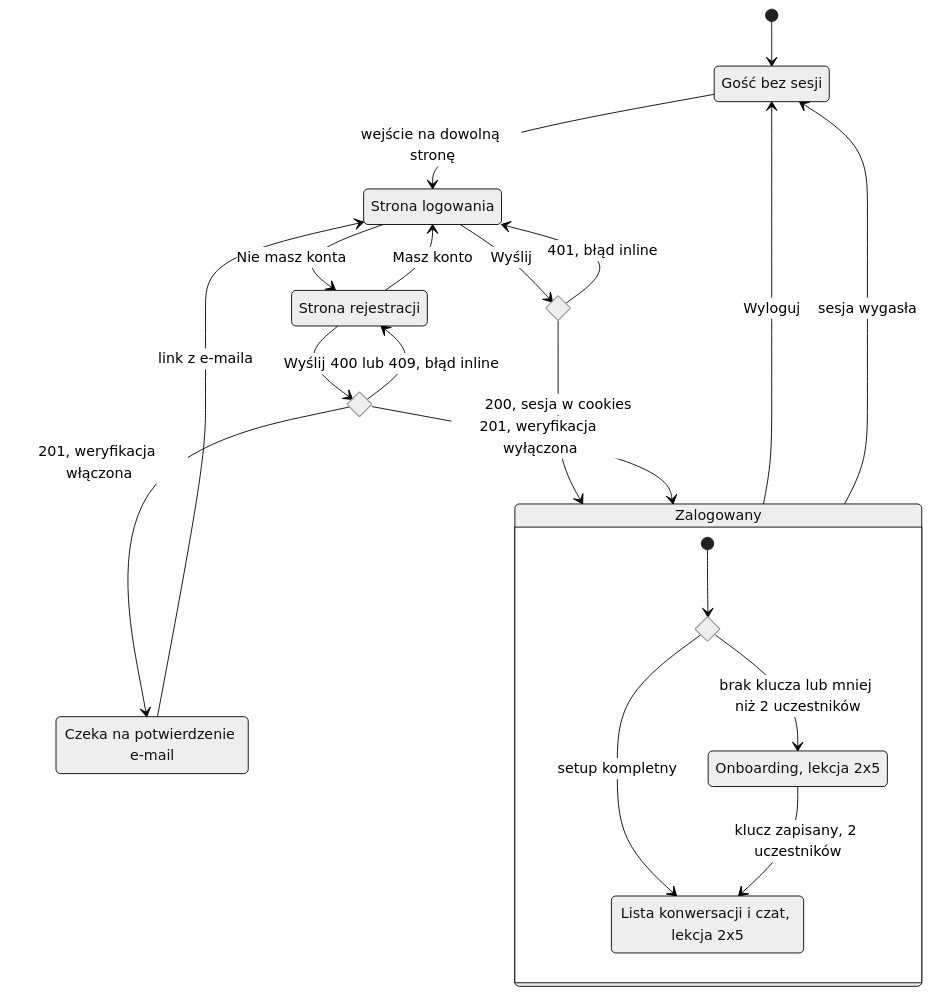
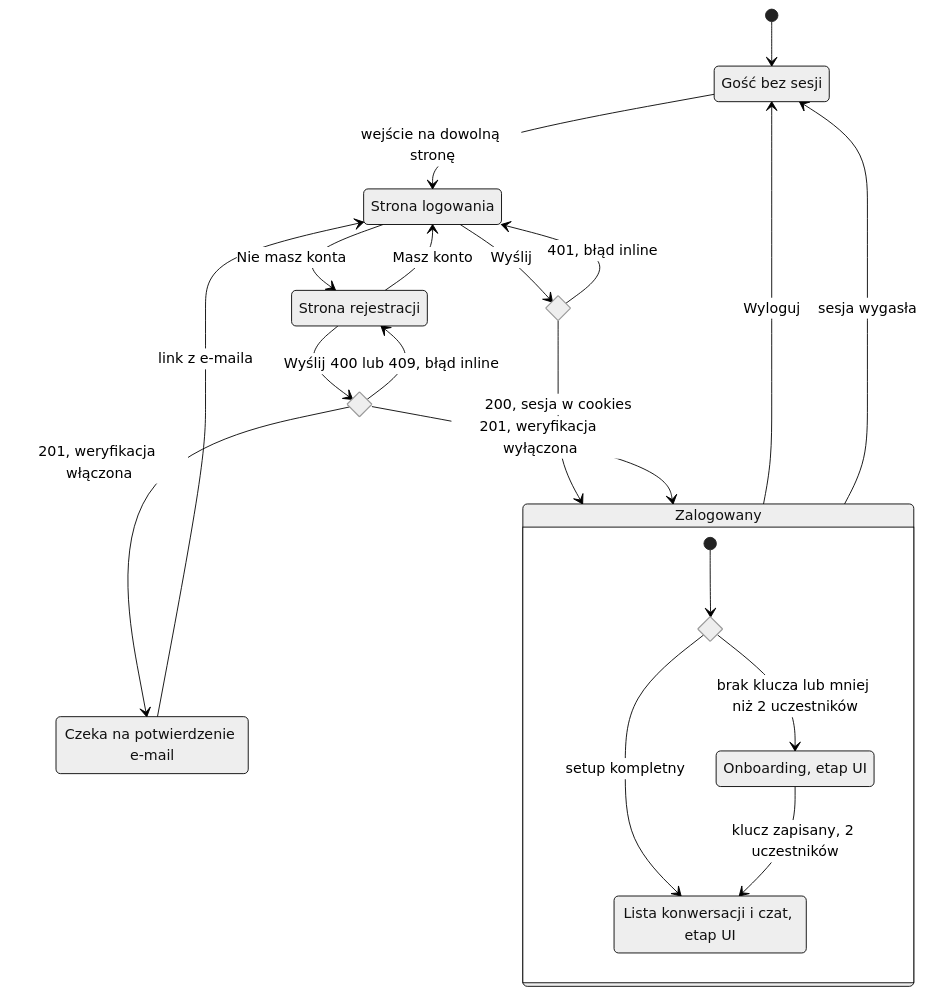
Before and after one commit to janwychowaniak/mindagora: the second of 3 diagrams in context/foundation/ap6-auth-spec-pl.md, drawn with Mermaid (neutral theme). The commit also changed other lines of this file and 15 other files, not shown here.

````diff
--- a/context/foundation/ap6-auth-spec-pl.md
+++ b/context/foundation/ap6-auth-spec-pl.md
@@ -286,36 +286,36 @@
 ```mermaid
 stateDiagram-v2
   state "Gość bez sesji" as Gosc
   state "Strona logowania" as Login
   state "Strona rejestracji" as Rejestracja
   state "Czeka na potwierdzenie e-mail" as Potwierdzenie
   state "Zalogowany" as Zalogowany {
-    state "Onboarding, lekcja 2x5" as Onboarding
-    state "Lista konwersacji i czat, lekcja 2x5" as Aplikacja
+    state "Onboarding, etap UI" as Onboarding
+    state "Lista konwersacji i czat, etap UI" as Aplikacja
     state if_onb <<choice>>
     [*] --> if_onb
     if_onb --> Onboarding: brak klucza lub mniej niż 2 uczestników
     if_onb --> Aplikacja: setup kompletny
     Onboarding --> Aplikacja: klucz zapisany, 2 uczestników
   }
   state if_login <<choice>>
   state if_rej <<choice>>
 
   [*] --> Gosc
   Gosc --> Login: wejście na dowolną stronę
   Login --> Rejestracja: Nie masz konta
   Rejestracja --> Login: Masz konto
 
   Login --> if_login: Wyślij
   if_login --> Login: 401, błąd inline
   if_login --> Zalogowany: 200, sesja w cookies
 
   Rejestracja --> if_rej: Wyślij
   if_rej --> Rejestracja: 400 lub 409, błąd inline
   if_rej --> Zalogowany: 201, weryfikacja wyłączona
   if_rej --> Potwierdzenie: 201, weryfikacja włączona
   Potwierdzenie --> Login: link z e-maila
 
   Zalogowany --> Gosc: Wyloguj
   Zalogowany --> Gosc: sesja wygasła
 ```
````
